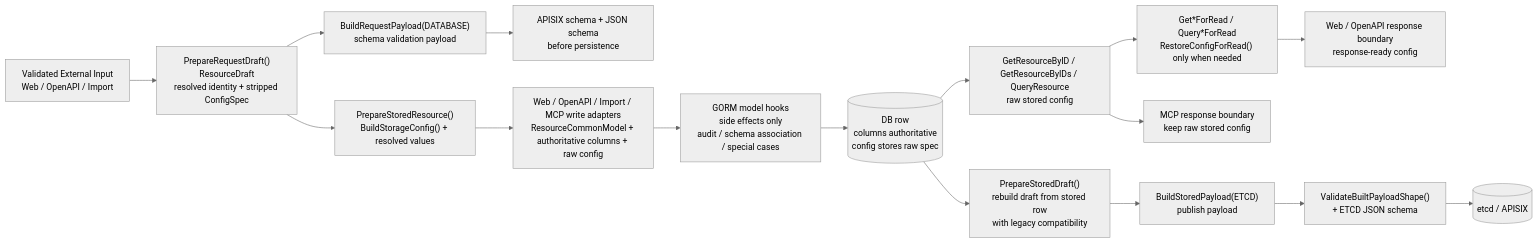
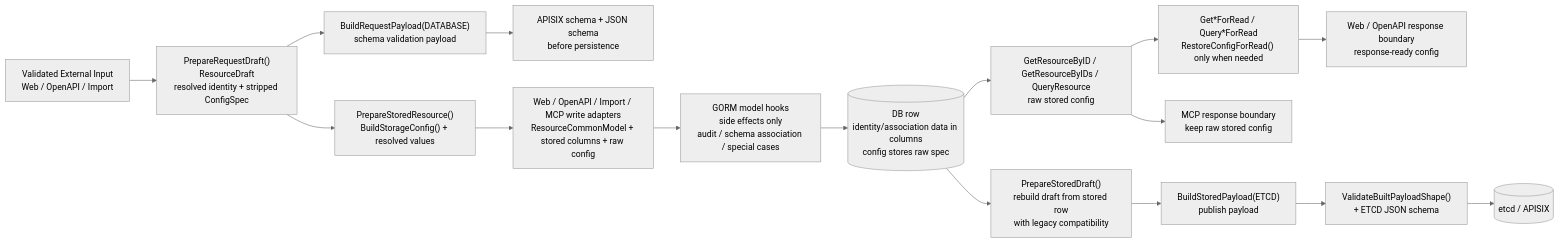
Before and after one commit to TencentBlueKing/blueking-micro-apigateway: the fourth of 5 diagrams in src/apiserver/AGENTS.md, drawn with Mermaid (neutral theme). The commit also changed other lines of this file and 13 other files, not shown here.

````diff
--- a/src/apiserver/AGENTS.md
+++ b/src/apiserver/AGENTS.md
@@ -311,22 +311,22 @@
 ```mermaid
 flowchart LR
     Req["Validated External Input<br/>Web / OpenAPI / Import"] --> Draft["PrepareRequestDraft()<br/>ResourceDraft<br/>resolved identity + stripped ConfigSpec"]
 
     Draft --> DBValidate["BuildRequestPayload(DATABASE)<br/>schema validation payload"]
     DBValidate --> Schema["APISIX schema + JSON schema<br/>before persistence"]
 
     Draft --> StoreConfig["PrepareStoredResource()<br/>BuildStorageConfig() + resolved values"]
-    StoreConfig --> Persist["Web / OpenAPI / Import / MCP write adapters<br/>ResourceCommonModel + authoritative columns + raw config"]
+    StoreConfig --> Persist["Web / OpenAPI / Import / MCP write adapters<br/>ResourceCommonModel + stored columns + raw config"]
     Persist --> Hooks["GORM model hooks<br/>side effects only<br/>audit / schema association / special cases"]
-    Hooks --> DB[("DB row<br/>columns authoritative<br/>config stores raw spec")]
+    Hooks --> DB[("DB row<br/>identity/association data in columns<br/>config stores raw spec")]
 
     DB --> InternalRead["GetResourceByID / GetResourceByIDs / QueryResource<br/>raw stored config"]
     InternalRead --> ReadRestore["Get*ForRead / Query*ForRead<br/>RestoreConfigForRead() only when needed"]
     ReadRestore --> WebResp["Web / OpenAPI response boundary<br/>response-ready config"]
     InternalRead --> MCPResp["MCP response boundary<br/>keep raw stored config"]
 
     DB --> StoredDraft["PrepareStoredDraft()<br/>rebuild draft from stored row<br/>with legacy compatibility"]
     StoredDraft --> ETCDBuild["BuildStoredPayload(ETCD)<br/>publish payload"]
     ETCDBuild --> PublishValidate["ValidateBuiltPayloadShape()<br/>+ ETCD JSON schema"]
     PublishValidate --> ETCD[("etcd / APISIX")]
 ```
````
